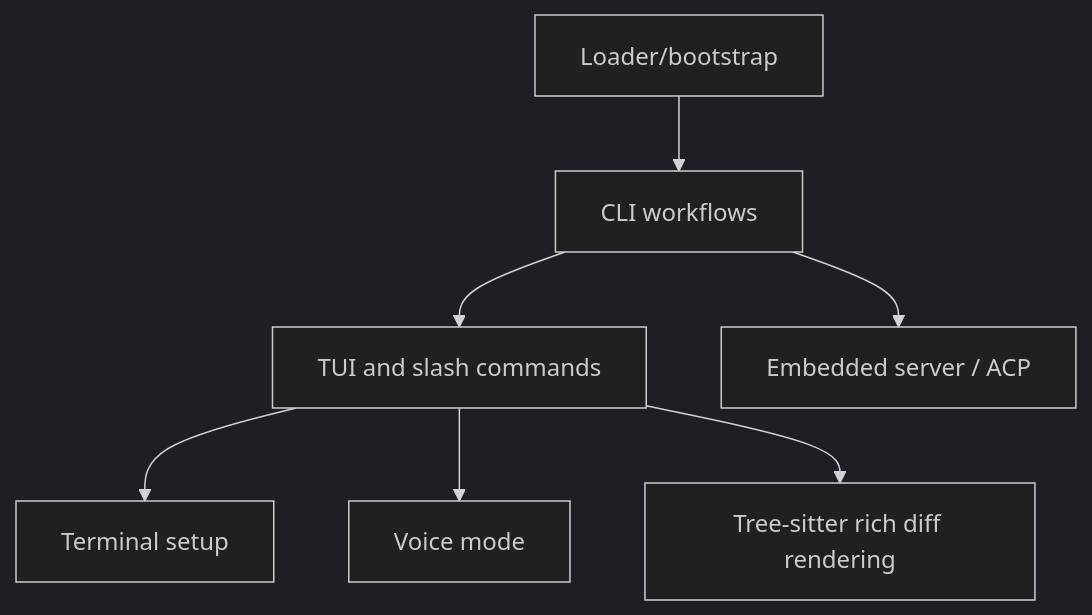
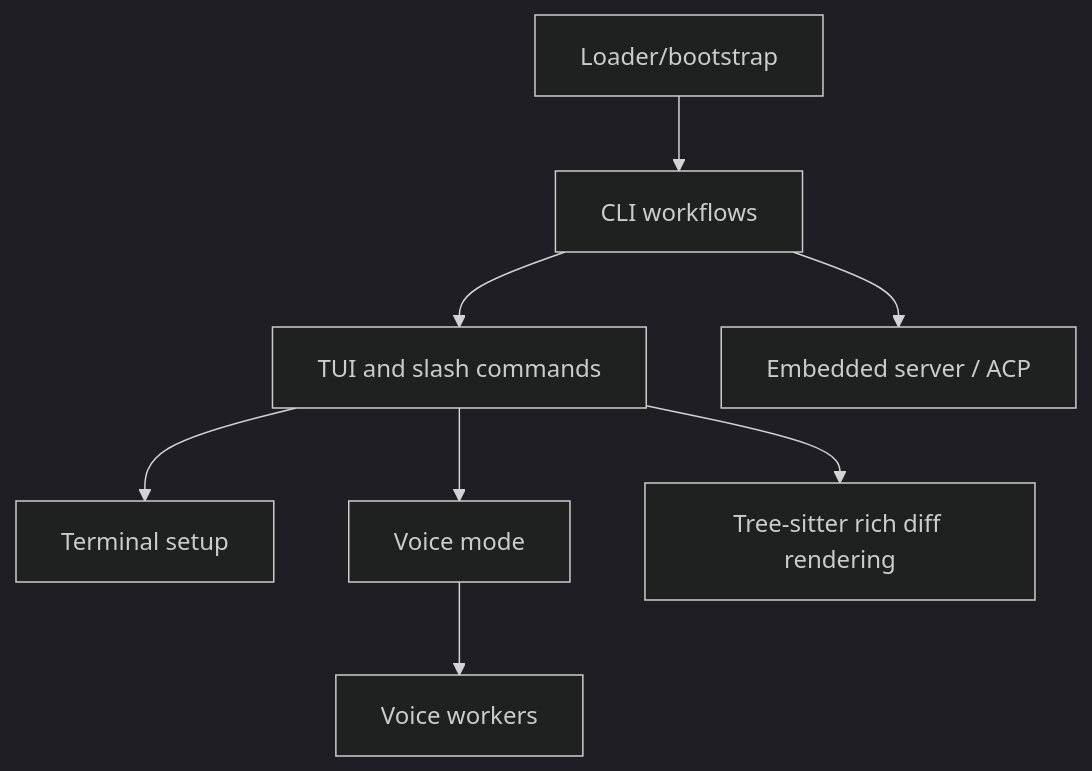
Before and after one commit to vibewatch/copilot-cli-internals: the diagram in docs/01-runtime-and-ui/README.md, drawn with Mermaid (dark theme). The commit also changed other lines of this file and 10 other files, not shown here.

````diff
--- a/docs/01-runtime-and-ui/README.md
+++ b/docs/01-runtime-and-ui/README.md
@@ -16,9 +16,10 @@
 ```mermaid
 flowchart TD
     Loader[Loader/bootstrap] --> CLI[CLI workflows]
     CLI --> TUI[TUI and slash commands]
     TUI --> Terminal[Terminal setup]
     TUI --> Voice[Voice mode]
+    Voice --> VoiceWorkers[Voice workers]
     CLI --> Server[Embedded server / ACP]
     TUI --> Render[Tree-sitter rich diff rendering]
 ```
````
